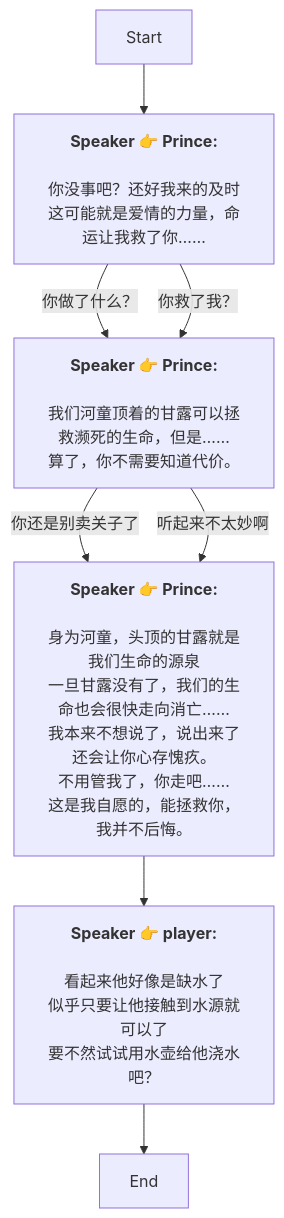
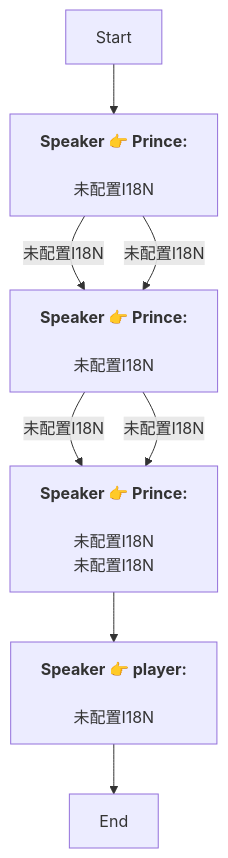
One commit to SoftHu/tos_avg changed the diagram in Zh/QuestStartTalkENode_1756583672964625.md. Above: the diagram before and after it, drawn with Mermaid. The commit also changed 730 other files, not shown here.

````diff
--- a/Zh/QuestStartTalkENode_1756583672964625.md
+++ b/Zh/QuestStartTalkENode_1756583672964625.md
@@ -1,28 +1,17 @@
 ```mermaid
 graph
 Start -->1758079600629293[<b>Speaker 👉 Prince:</b>
-\n你没事吧？还好我来的及时
-这可能就是爱情的力量，命运让我救了你……]
-1758079600629293 -->|你做了什么？|1758079630013998[<b>Speaker 👉 Prince:</b>
-\n我们河童顶着的甘露可以拯救濒死的生命，但是……
-算了，你不需要知道代价。]
-1758079600629293 -->|你救了我？|1758079630013998[<b>Speaker 👉 Prince:</b>
-\n我们河童顶着的甘露可以拯救濒死的生命，但是……
-算了，你不需要知道代价。]
-1758079630013998 -->|你还是别卖关子了|1758080090447418[<b>Speaker 👉 Prince:</b>
-\n身为河童，头顶的甘露就是我们生命的源泉
-一旦甘露没有了，我们的生命也会很快走向消亡……\n我本来不想说了，说出来了还会让你心存愧疚。
-不用管我了，你走吧……
-这是我自愿的，能拯救你，我并不后悔。]
-1758079630013998 -->|听起来不太妙啊|1758080090447418[<b>Speaker 👉 Prince:</b>
-\n身为河童，头顶的甘露就是我们生命的源泉
-一旦甘露没有了，我们的生命也会很快走向消亡……\n我本来不想说了，说出来了还会让你心存愧疚。
-不用管我了，你走吧……
-这是我自愿的，能拯救你，我并不后悔。]
+\n未配置I18N]
+1758079600629293 -->|未配置I18N|1758079630013998[<b>Speaker 👉 Prince:</b>
+\n未配置I18N]
+1758079600629293 -->|未配置I18N|1758079630013998[<b>Speaker 👉 Prince:</b>
+\n未配置I18N]
+1758079630013998 -->|未配置I18N|1758080090447418[<b>Speaker 👉 Prince:</b>
+\n未配置I18N\n未配置I18N]
+1758079630013998 -->|未配置I18N|1758080090447418[<b>Speaker 👉 Prince:</b>
+\n未配置I18N\n未配置I18N]
 1758080090447418 -->1758080284909115[<b>Speaker 👉 player:</b>
-\n看起来他好像是缺水了
-似乎只要让他接触到水源就可以了
-要不然试试用水壶给他浇水吧？]
+\n未配置I18N]
 1758080284909115 -->1758080325624380[End]
 
 ```
````
